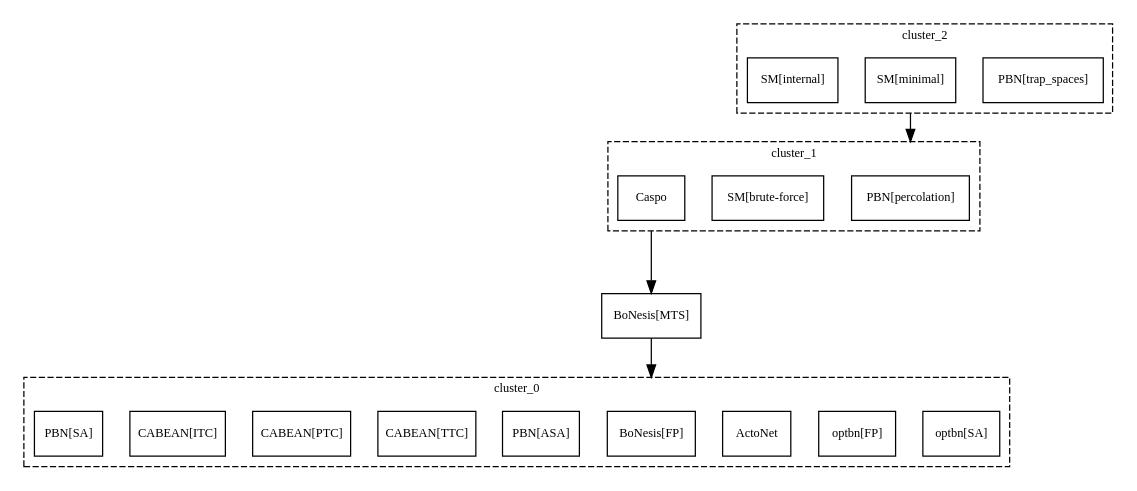
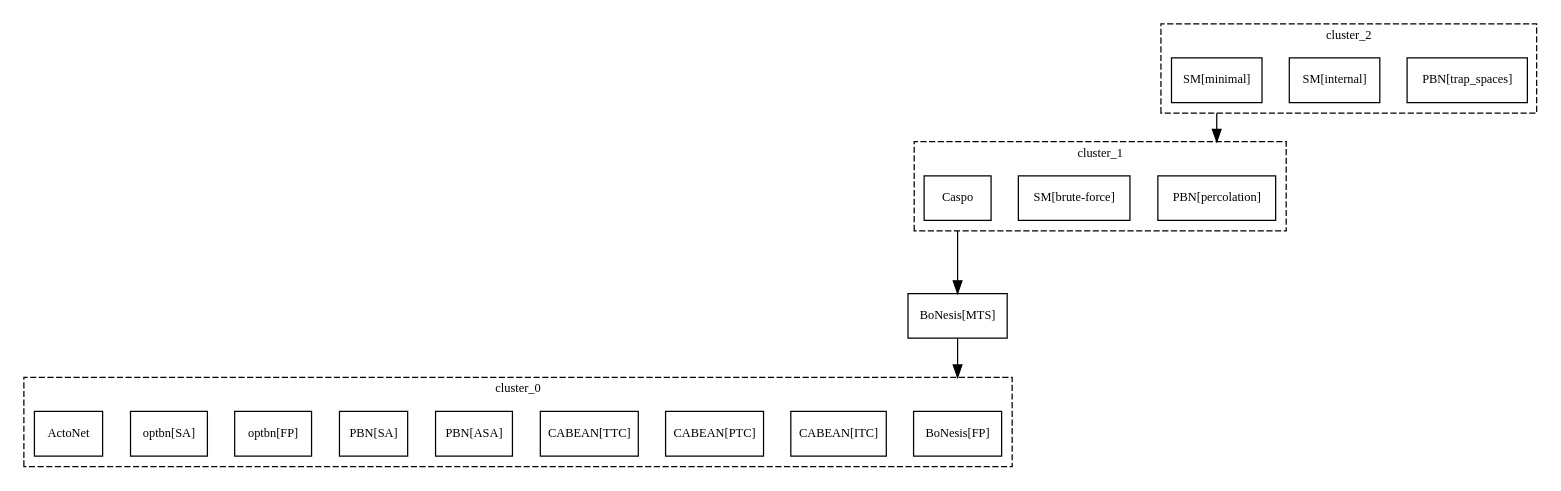
One commit to kalebmoon07/BN-control-taxonomy changed the diagram in experiments/results/counterexamples/ce_yes_ASA_no_MTS/_graph_tred.dot. Above: the diagram before and after it, drawn with Graphviz. The commit also changed other lines of this file and 104 other files, not shown here.

```diff
--- a/experiments/results/counterexamples/ce_yes_ASA_no_MTS/_graph_tred.dot
+++ b/experiments/results/counterexamples/ce_yes_ASA_no_MTS/_graph_tred.dot
@@ -1,39 +1,39 @@
 strict digraph G {
 graph [fontsize=10, fontname=Verdana, compound=true];
 node [shape=record, fontsize=10, fontname=Verdana];
 graph [nodesep=0.3, ranksep=0.8];
 subgraph cluster_0 {
 label="cluster_0";
 graph [style=dashed, color=black];
+"BoNesis[FP]";
+"CABEAN[ITC]";
+"CABEAN[PTC]";
+"CABEAN[TTC]";
+"PBN[ASA]";
+"PBN[SA]";
+"optbn[FP]";
 "optbn[SA]";
-"optbn[FP]";
 ActoNet;
-"BoNesis[FP]";
-"PBN[ASA]";
-"CABEAN[TTC]";
-"CABEAN[PTC]";
-"CABEAN[ITC]";
-"PBN[SA]";
 }
 
 subgraph cluster_1 {
 label="cluster_1";
 graph [style=dashed, color=black];
 "PBN[percolation]";
 "SM[brute-force]";
 Caspo;
 }
 
 subgraph cluster_2 {
 label="cluster_2";
 graph [style=dashed, color=black];
 "PBN[trap_spaces]";
+"SM[internal]";
 "SM[minimal]";
-"SM[internal]";
 }
 
 "BoNesis[MTS]";
 "BoNesis[MTS]" -> "BoNesis[FP]" [lhead="cluster_0"];
 "SM[minimal]" -> "PBN[percolation]" [ltail="cluster_2", lhead="cluster_1"];
 Caspo -> "BoNesis[MTS]" [ltail="cluster_1"];
 }
```
